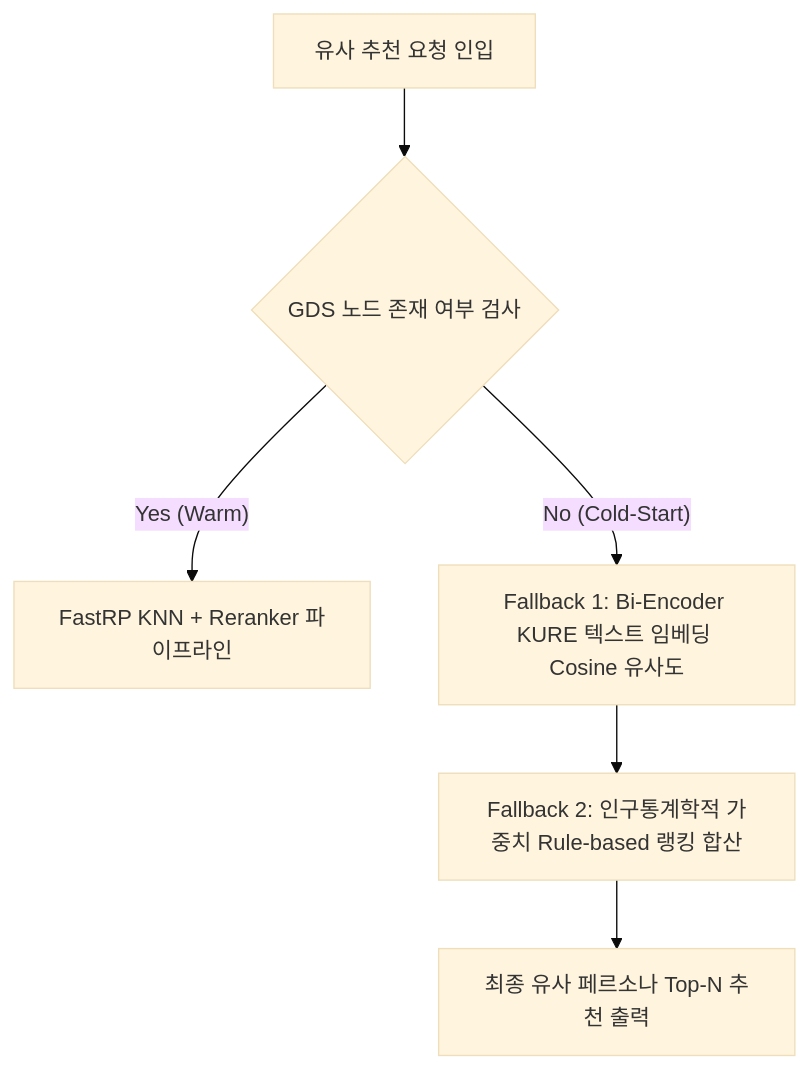
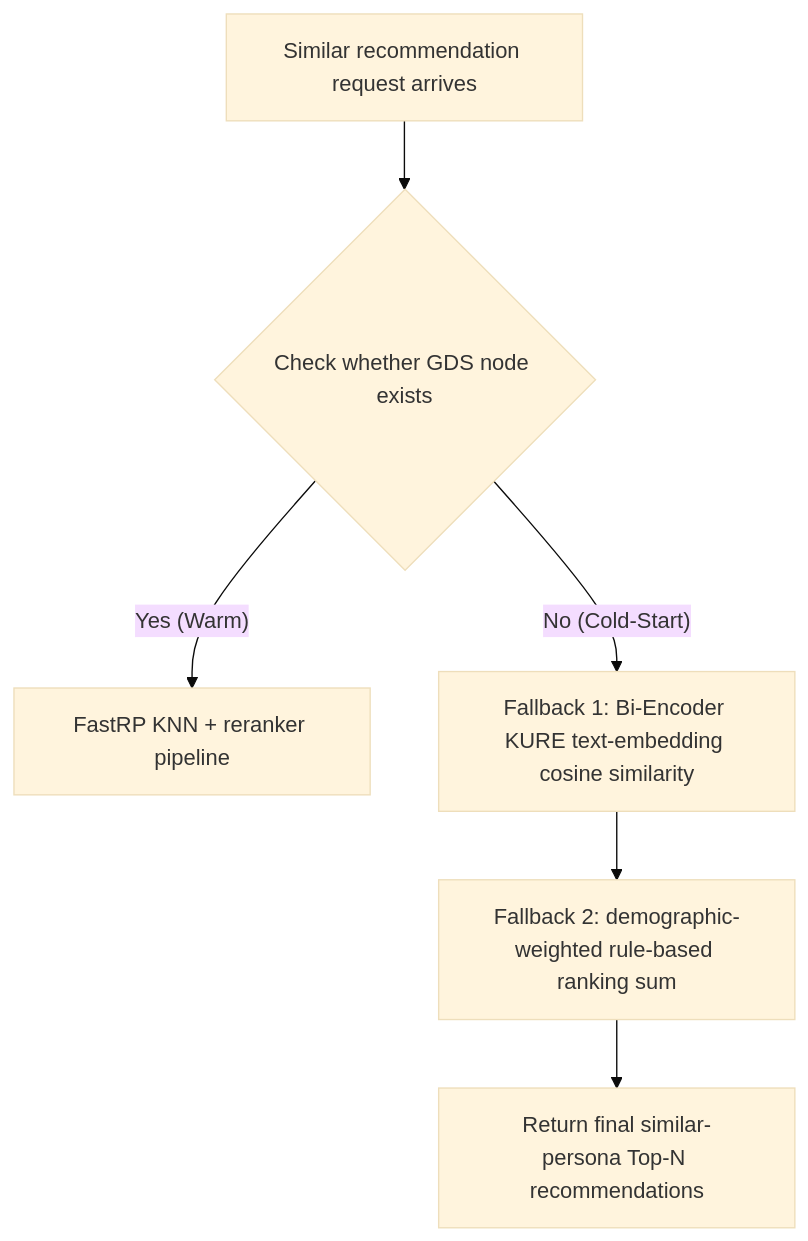
Before and after one commit to KELLO83/Personas-Korea-: the diagram in experiments/persona_similarity/PRD.md, drawn with Mermaid (base theme). The commit also changed other lines of this file and 554 other files, not shown here.

````diff
--- a/experiments/persona_similarity/PRD.md
+++ b/experiments/persona_similarity/PRD.md
@@ -969,8 +955,8 @@
   ```mermaid
   graph TD
-      A[유사 추천 요청 인입] --> B{GDS 노드 존재 여부 검사}
-      B -- Yes (Warm) --> C[FastRP KNN + Reranker 파이프라인]
-      B -- No (Cold-Start) --> D[Fallback 1: Bi-Encoder KURE 텍스트 임베딩 Cosine 유사도]
-      D --> E[Fallback 2: 인구통계학적 가중치 Rule-based 랭킹 합산]
-      E --> F[최종 유사 페르소나 Top-N 추천 출력]
+      A[Similar recommendation request arrives] --> B{Check whether GDS node exists}
+      B -- Yes (Warm) --> C[FastRP KNN + reranker pipeline]
+      B -- No (Cold-Start) --> D[Fallback 1: Bi-Encoder KURE text-embedding cosine similarity]
+      D --> E[Fallback 2: demographic-weighted rule-based ranking sum]
+      E --> F[Return final similar-persona Top-N recommendations]
   ```
````
